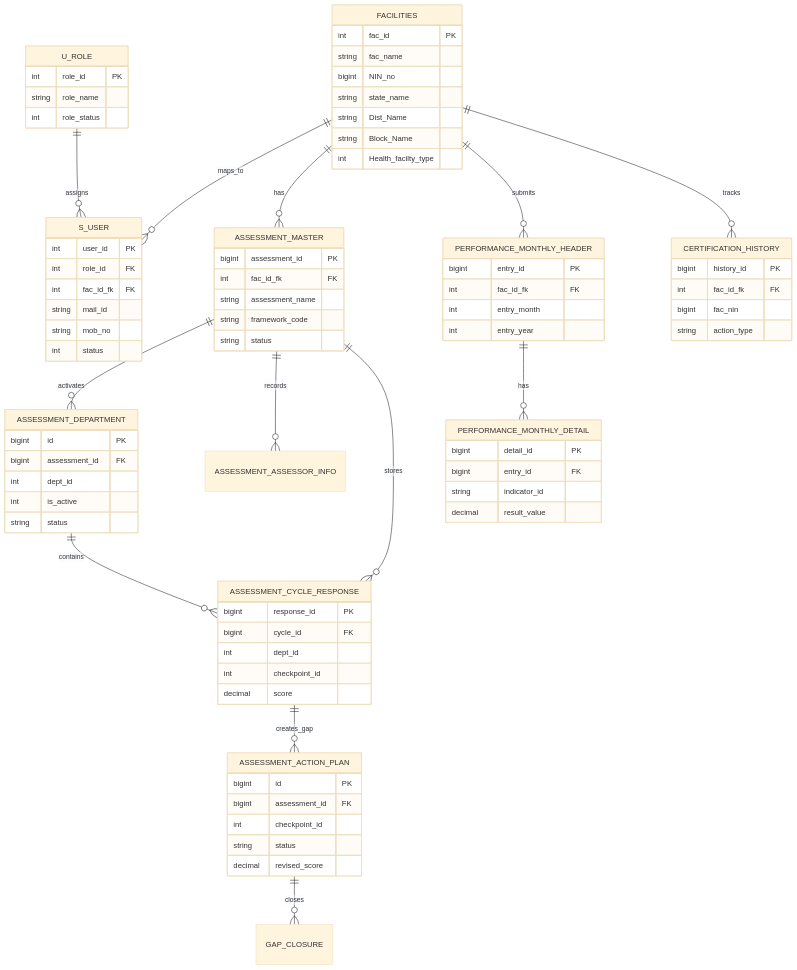
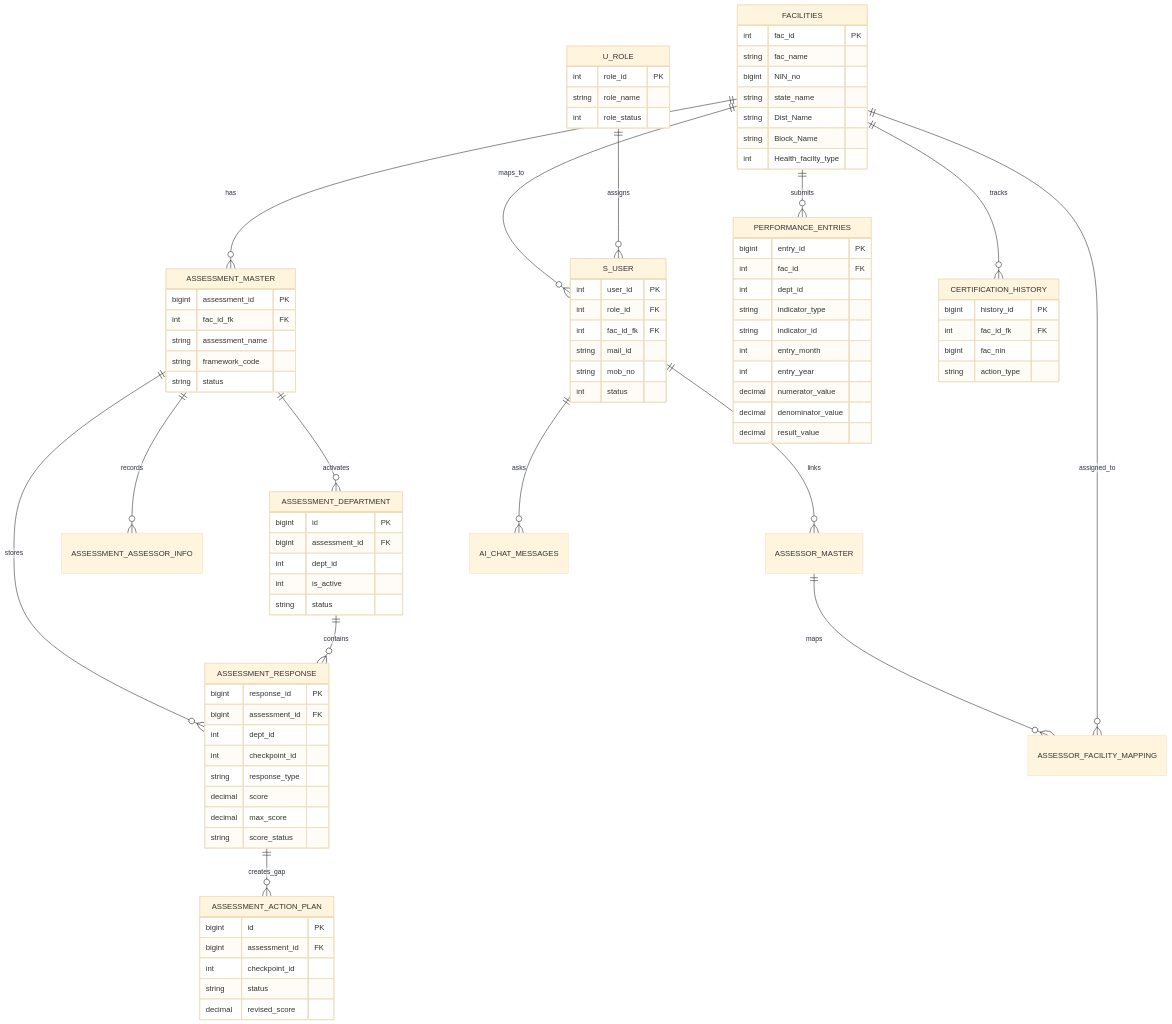
One commit to PSMRI/saQshi_open_source changed the diagram in docs/database/data_dictionary_erd.md. Above: the diagram before and after it, drawn with Mermaid (base theme). The commit also changed other lines of this file and 243 other files, not shown here.

```diff
--- a/docs/database/data_dictionary_erd.md
+++ b/docs/database/data_dictionary_erd.md
@@ -11,13 +11,15 @@
     FACILITIES ||--o{ ASSESSMENT_MASTER : has
     ASSESSMENT_MASTER ||--o{ ASSESSMENT_DEPARTMENT : activates
     ASSESSMENT_MASTER ||--o{ ASSESSMENT_ASSESSOR_INFO : records
-    ASSESSMENT_MASTER ||--o{ ASSESSMENT_CYCLE_RESPONSE : stores
-    ASSESSMENT_DEPARTMENT ||--o{ ASSESSMENT_CYCLE_RESPONSE : contains
-    ASSESSMENT_CYCLE_RESPONSE ||--o{ ASSESSMENT_ACTION_PLAN : creates_gap
-    ASSESSMENT_ACTION_PLAN ||--o{ GAP_CLOSURE : closes
-    FACILITIES ||--o{ PERFORMANCE_MONTHLY_HEADER : submits
-    PERFORMANCE_MONTHLY_HEADER ||--o{ PERFORMANCE_MONTHLY_DETAIL : has
+    ASSESSMENT_MASTER ||--o{ ASSESSMENT_RESPONSE : stores
+    ASSESSMENT_DEPARTMENT ||--o{ ASSESSMENT_RESPONSE : contains
+    ASSESSMENT_RESPONSE ||--o{ ASSESSMENT_ACTION_PLAN : creates_gap
+    FACILITIES ||--o{ PERFORMANCE_ENTRIES : submits
     FACILITIES ||--o{ CERTIFICATION_HISTORY : tracks
+    S_USER ||--o{ ASSESSOR_MASTER : links
+    ASSESSOR_MASTER ||--o{ ASSESSOR_FACILITY_MAPPING : maps
+    FACILITIES ||--o{ ASSESSOR_FACILITY_MAPPING : assigned_to
+    S_USER ||--o{ AI_CHAT_MESSAGES : asks
 
     FACILITIES {
         int fac_id PK
@@ -60,12 +62,15 @@
         string status
     }
 
-    ASSESSMENT_CYCLE_RESPONSE {
+    ASSESSMENT_RESPONSE {
         bigint response_id PK
-        bigint cycle_id FK
+        bigint assessment_id FK
         int dept_id
         int checkpoint_id
+        string response_type
         decimal score
+        decimal max_score
+        string score_status
     }
 
     ASSESSMENT_ACTION_PLAN {
@@ -76,17 +81,16 @@
         decimal revised_score
     }
 
-    PERFORMANCE_MONTHLY_HEADER {
+    PERFORMANCE_ENTRIES {
         bigint entry_id PK
-        int fac_id_fk FK
+        int fac_id FK
+        int dept_id
+        string indicator_type
+        string indicator_id
         int entry_month
         int entry_year
-    }
-
-    PERFORMANCE_MONTHLY_DETAIL {
-        bigint detail_id PK
-        bigint entry_id FK
-        string indicator_id
+        decimal numerator_value
+        decimal denominator_value
         decimal result_value
     }
 
```
